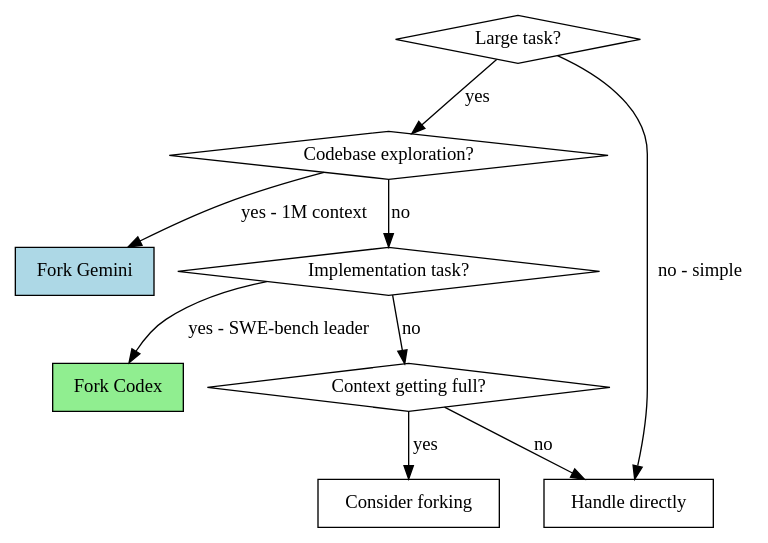
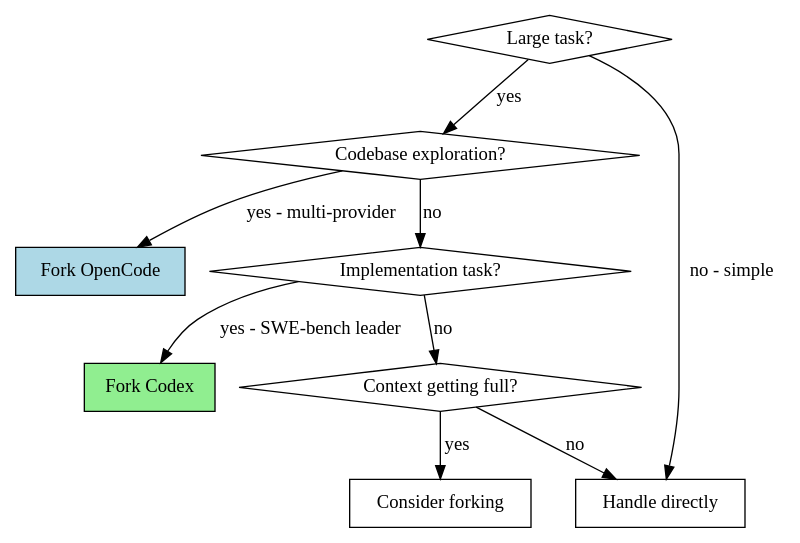
The diagram in .claude/skills/multi-model-orchestration/SKILL.md (1215-Labs/claude-code-templates), drawn with Graphviz before and after one commit. The commit also changed other lines of this file and 55 other files, not shown here.

First line of the commit message:
Migrate Gemini CLI tooling to OpenCode across entire .claude/ directory

````diff
--- a/.claude/skills/multi-model-orchestration/SKILL.md
+++ b/.claude/skills/multi-model-orchestration/SKILL.md
@@ -18,21 +18,21 @@
 ```dot
 digraph when_to_orchestrate {
     "Large task?" [shape=diamond];
     "Codebase exploration?" [shape=diamond];
     "Implementation task?" [shape=diamond];
     "Context getting full?" [shape=diamond];
     "Handle directly" [shape=box];
-    "Fork Gemini" [shape=box, style=filled, fillcolor=lightblue];
+    "Fork OpenCode" [shape=box, style=filled, fillcolor=lightblue];
     "Fork Codex" [shape=box, style=filled, fillcolor=lightgreen];
     "Consider forking" [shape=box];
 
     "Large task?" -> "Codebase exploration?" [label="yes"];
     "Large task?" -> "Handle directly" [label="no - simple"];
-    "Codebase exploration?" -> "Fork Gemini" [label="yes - 1M context"];
+    "Codebase exploration?" -> "Fork OpenCode" [label="yes - multi-provider"];
     "Codebase exploration?" -> "Implementation task?" [label="no"];
     "Implementation task?" -> "Fork Codex" [label="yes - SWE-bench leader"];
     "Implementation task?" -> "Context getting full?" [label="no"];
     "Context getting full?" -> "Consider forking" [label="yes"];
     "Context getting full?" -> "Handle directly" [label="no"];
 }
 ```
````
